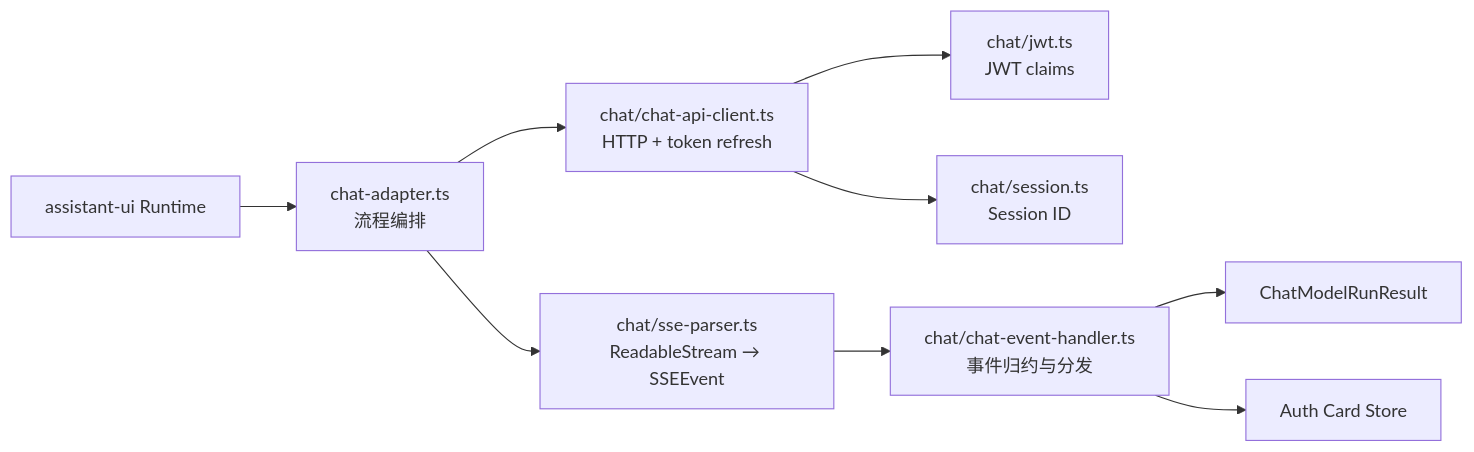
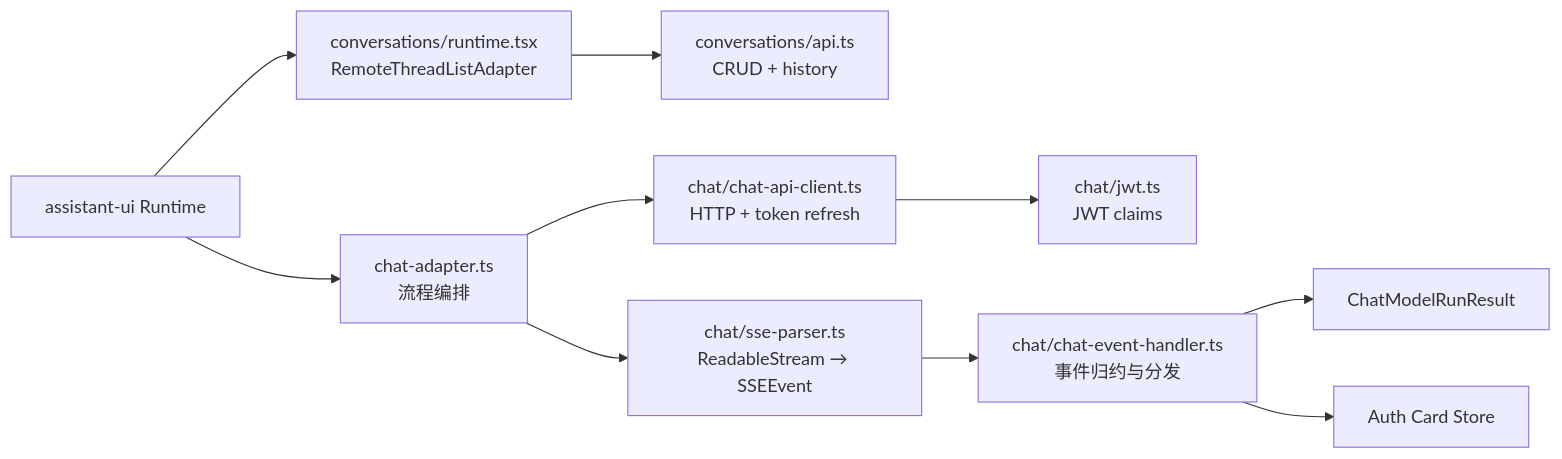
The seventh of 14 diagrams in personal-assistant-meta/architecture/frontend_architecture.md (T-1009/personal-assistant), drawn with Mermaid before and after one commit. The commit also changed other lines of this file and 105 other files, not shown here.

First line of the commit message:
feat: implement multi-session runtime pre-warm with session cookies, conversation API, and sidebar UI

````diff
--- a/personal-assistant-meta/architecture/frontend_architecture.md
+++ b/personal-assistant-meta/architecture/frontend_architecture.md
@@ -297,11 +323,12 @@
 ```mermaid
 flowchart LR
     Runtime["assistant-ui Runtime"] --> Adapter["chat-adapter.ts<br/>流程编排"]
+    Runtime --> Threads["conversations/runtime.tsx<br/>RemoteThreadListAdapter"]
+    Threads --> ConversationAPI["conversations/api.ts<br/>CRUD + history"]
     Adapter --> API["chat/chat-api-client.ts<br/>HTTP + token refresh"]
     API --> JWT["chat/jwt.ts<br/>JWT claims"]
-    API --> Session["chat/session.ts<br/>Session ID"]
     Adapter --> Parser["chat/sse-parser.ts<br/>ReadableStream → SSEEvent"]
     Parser --> Handler["chat/chat-event-handler.ts<br/>事件归约与分发"]
     Handler --> Result["ChatModelRunResult"]
     Handler --> AuthStore["Auth Card Store"]
 ```
````
